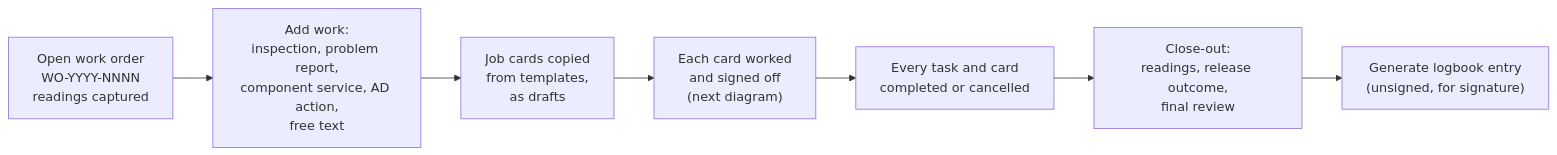
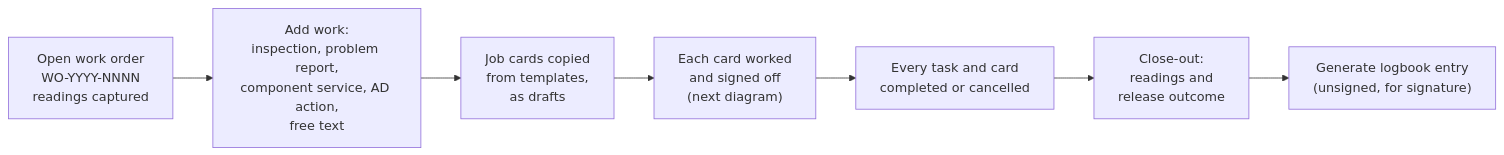
One commit to angelone-aviation/AO-aircraft-maintenance changed the third of 6 diagrams in docs/handbook/2-how-it-works/how-it-works.md. Above: the diagram before and after it, drawn with Mermaid. The commit also changed other lines of this file and 51 other files, not shown here.

First line of the commit message:
Remove the work order final review field, which had no input

````diff
--- a/docs/handbook/2-how-it-works/how-it-works.md
+++ b/docs/handbook/2-how-it-works/how-it-works.md
@@ -82,9 +82,9 @@
 ```mermaid
 flowchart LR
   WO["Open work order<br/>WO-YYYY-NNNN<br/>readings captured"] --> Items["Add work:<br/>inspection, problem report,<br/>component service, AD action,<br/>free text"]
   Items --> Cards["Job cards copied<br/>from templates,<br/>as drafts"]
   Cards --> Work["Each card worked<br/>and signed off<br/>(next diagram)"]
   Work --> Done["Every task and card<br/>completed or cancelled"]
-  Done --> Close["Close-out:<br/>readings, release outcome,<br/>final review"]
+  Done --> Close["Close-out:<br/>readings and<br/>release outcome"]
   Close --> Log["Generate logbook entry<br/>(unsigned, for signature)"]
 ```
````
